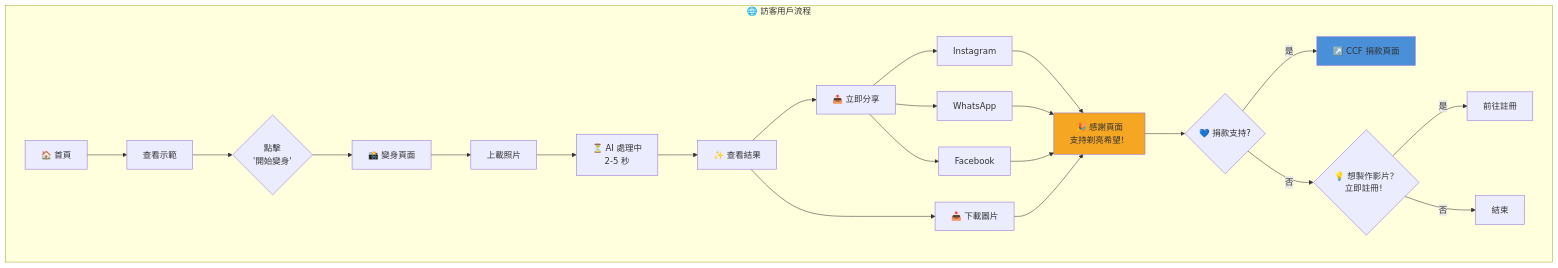
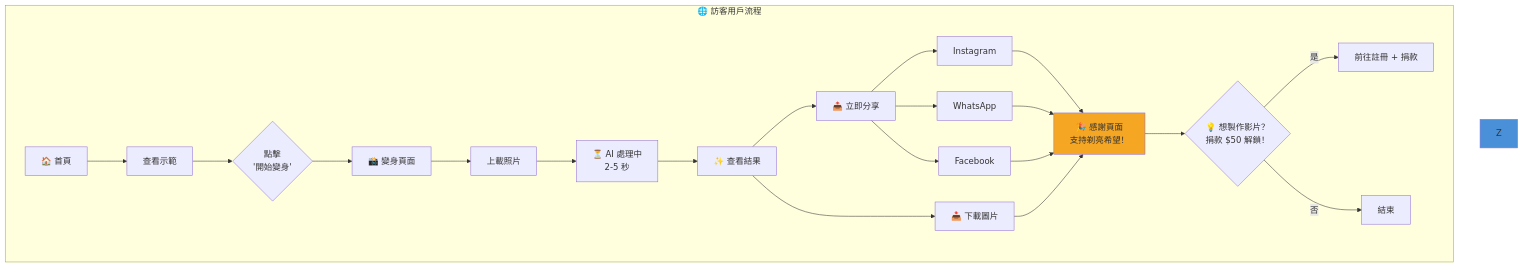
The first of 3 diagrams in documents/2025-12-31-ccf-shave-for-hope-firebase-studio-project.md (ZorroCheng-MC/sharehub), drawn with Mermaid before and after one commit. The commit also changed other lines of this file, not shown here.

First line of the commit message:
Publish: 剃亮希望 Shave for Hope - CCF AI 籌款活動專案

````diff
--- a/documents/2025-12-31-ccf-shave-for-hope-firebase-studio-project.md
+++ b/documents/2025-12-31-ccf-shave-for-hope-firebase-studio-project.md
@@ -94,33 +93,31 @@
 ```mermaid
 flowchart TD
     subgraph ANONYMOUS["🌐 訪客用戶流程"]
         A[🏠 首頁] --> B[查看示範]
         B --> C{點擊<br/>'開始變身'}
         C --> D[📸 變身頁面]
         D --> E[上載照片]
         E --> F[⏳ AI 處理中<br/>2-5 秒]
         F --> G[✨ 查看結果]
 
         G --> H[📥 下載圖片]
         G --> I[📤 立即分享]
 
         I --> J[Instagram]
         I --> K[WhatsApp]
         I --> L[Facebook]
 
         J --> X[🎉 感謝頁面<br/>支持剃亮希望！]
         K --> X
         L --> X
         H --> X
 
-        X --> Y{💙 捐款支持?}
-        Y -->|是| Z[↗️ CCF 捐款頁面]
-        Y -->|否| M{💡 想製作影片？<br/>立即註冊！}
+        X --> M{💡 想製作影片？<br/>捐款 $50 解鎖！}
 
-        M -->|是| N[前往註冊]
+        M -->|是| N[前往註冊 + 捐款]
         M -->|否| O[結束]
     end
 
     style X fill:#F5A623
     style Z fill:#4A90D9
 ```
````
